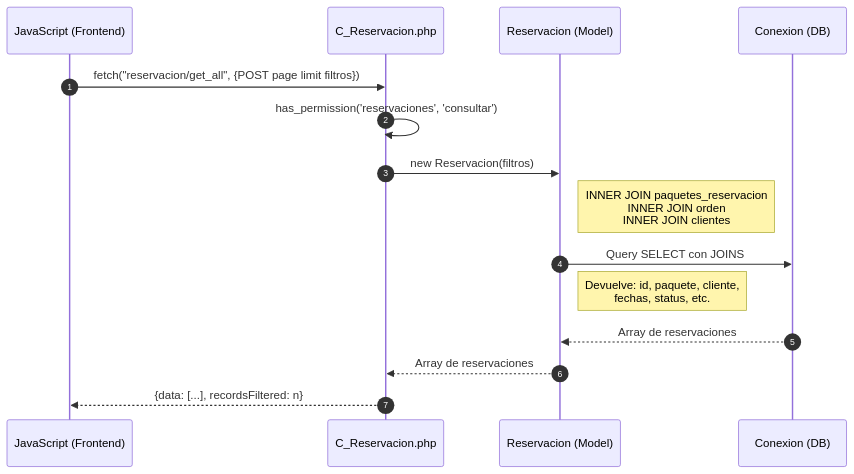
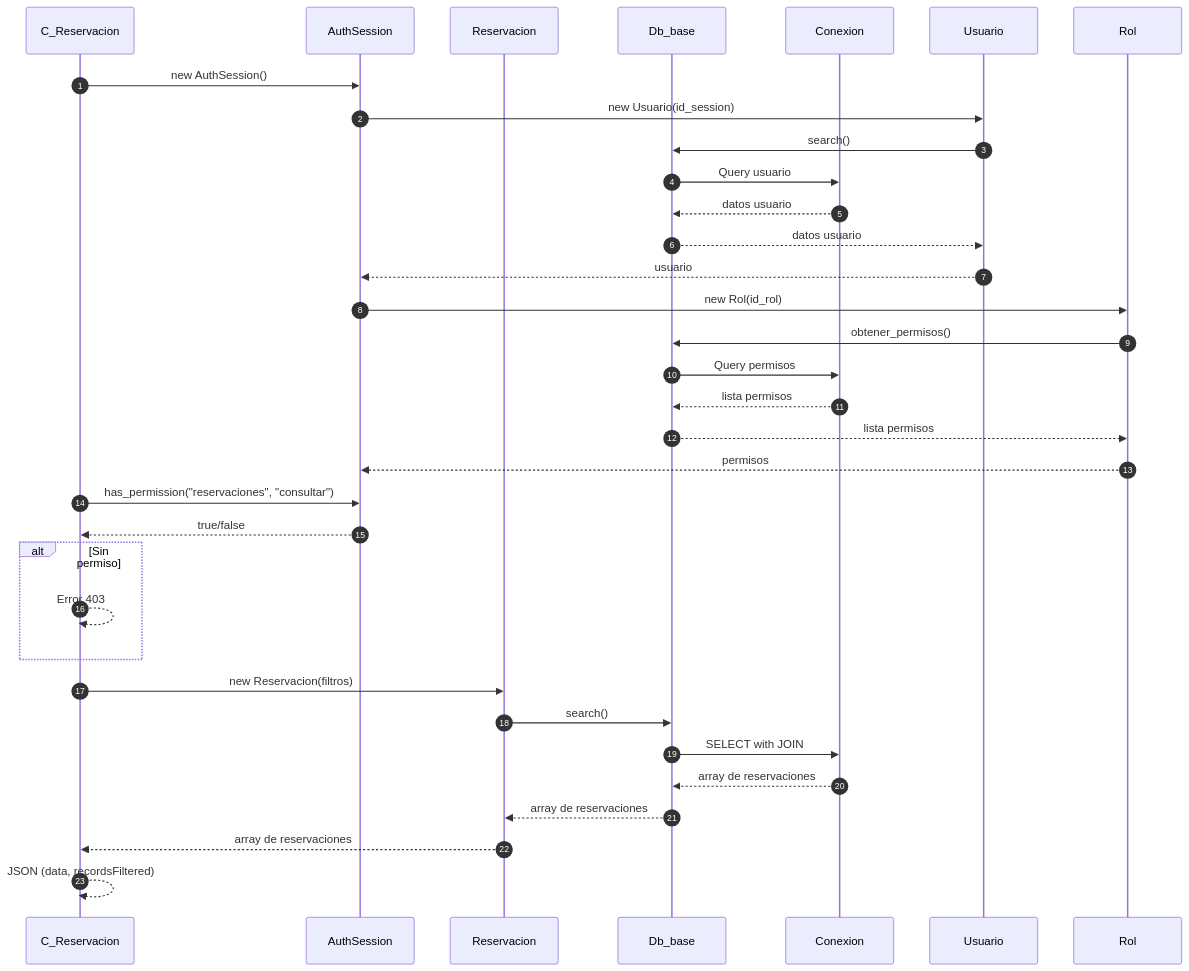
One commit to Tecrato/BurgerHouse changed the second of 4 diagrams in docs/secuencia/reservaciones/reservaciones.md. Above: the diagram before and after it, drawn with Mermaid. The commit also changed other lines of this file and 13 other files, not shown here.

First line of the commit message:
diagramas actualizaos

````diff
--- a/docs/secuencia/reservaciones/reservaciones.md
+++ b/docs/secuencia/reservaciones/reservaciones.md
@@ -42,23 +69,40 @@
 ```mermaid
 sequenceDiagram
     autonumber
-    participant JS as JavaScript (Frontend)
-    participant C_Reservacion as C_Reservacion.php
-    participant Reservacion as Reservacion (Model)
-    participant DB as Conexion (DB)
+    participant C_Reservacion as C_Reservacion
+    participant AuthSession as AuthSession
+    participant Reservacion as Reservacion
+    participant Db_base as Db_base
+    participant Conexion as Conexion
     
-    JS->>C_Reservacion: fetch("reservacion/get_all", {POST page limit filtros})
+    C_Reservacion->>AuthSession: new AuthSession()
+    AuthSession->>Usuario: new Usuario(id_session)
+    Usuario->>Db_base: search()
+    Db_base->>Conexion: Query usuario
+    Conexion-->>Db_base: datos usuario
+    Db_base-->>Usuario: datos usuario
+    Usuario-->>AuthSession: usuario
     
-    C_Reservacion->>C_Reservacion: has_permission('reservaciones', 'consultar')
+    AuthSession->>Rol: new Rol(id_rol)
+    Rol->>Db_base: obtener_permisos()
+    Db_base->>Conexion: Query permisos
+    Conexion-->>Db_base: lista permisos
+    Db_base-->>Rol: lista permisos
+    Rol-->>AuthSession: permisos
+    
+    C_Reservacion->>AuthSession: has_permission("reservaciones", "consultar")
+    AuthSession-->>C_Reservacion: true/false
+    
+    alt Sin permiso
+        C_Reservacion-->>C_Reservacion: Error 403
+    end
     
     C_Reservacion->>Reservacion: new Reservacion(filtros)
+    Reservacion->>Db_base: search()
+    Db_base->>Conexion: SELECT with JOIN
+    Conexion-->>Db_base: array de reservaciones
+    Db_base-->>Reservacion: array de reservaciones
+    Reservacion-->>C_Reservacion: array de reservaciones
     
-    Note right of Reservacion: INNER JOIN paquetes_reservacion<br/>INNER JOIN orden<br/>INNER JOIN clientes
-    
-    Reservacion->>DB: Query SELECT con JOINS
-    Note right of Reservacion: Devuelve: id, paquete, cliente,<br/>fechas, status, etc.
-    DB-->>Reservacion: Array de reservaciones
-    Reservacion-->>C_Reservacion: Array de reservaciones
-    
-    C_Reservacion-->>JS: {data: [...], recordsFiltered: n}
+    C_Reservacion-->>C_Reservacion: JSON (data, recordsFiltered)
 ```
````
